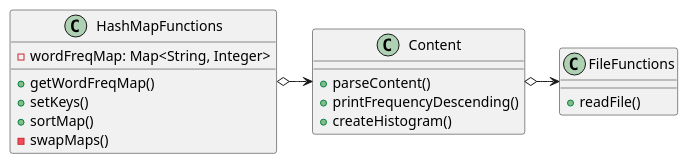
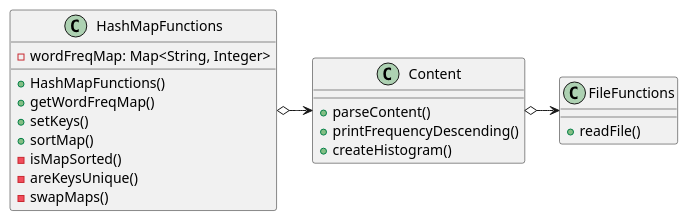
One commit to ivy-nguyen18/nguyen-cop3330-assignment3 changed the diagram in src/main/java/oop/assignment3/ex46/base/WordFrequencyFinder.puml. Above: the diagram before and after it, drawn with PlantUML. The commit also changed 3 other files, not shown here.

```diff
--- a/src/main/java/oop/assignment3/ex46/base/WordFrequencyFinder.puml
+++ b/src/main/java/oop/assignment3/ex46/base/WordFrequencyFinder.puml
@@ -1,29 +1,32 @@
 @startuml
 'https://plantuml.com/class-diagram
 
 
 HashMapFunctions o-> Content
 Content o-> FileFunctions
 
 
 class FileFunctions {
     + readFile()
 }
 
 class HashMapFunctions {
     - wordFreqMap: Map<String, Integer>
 
+    + HashMapFunctions()
     + getWordFreqMap()
     + setKeys()
     + sortMap()
+    - isMapSorted()
+    - areKeysUnique()
     - swapMaps()
 }
 
 class Content{
     + parseContent()
     + printFrequencyDescending()
     + createHistogram()
 }
 
 
 @enduml
```
